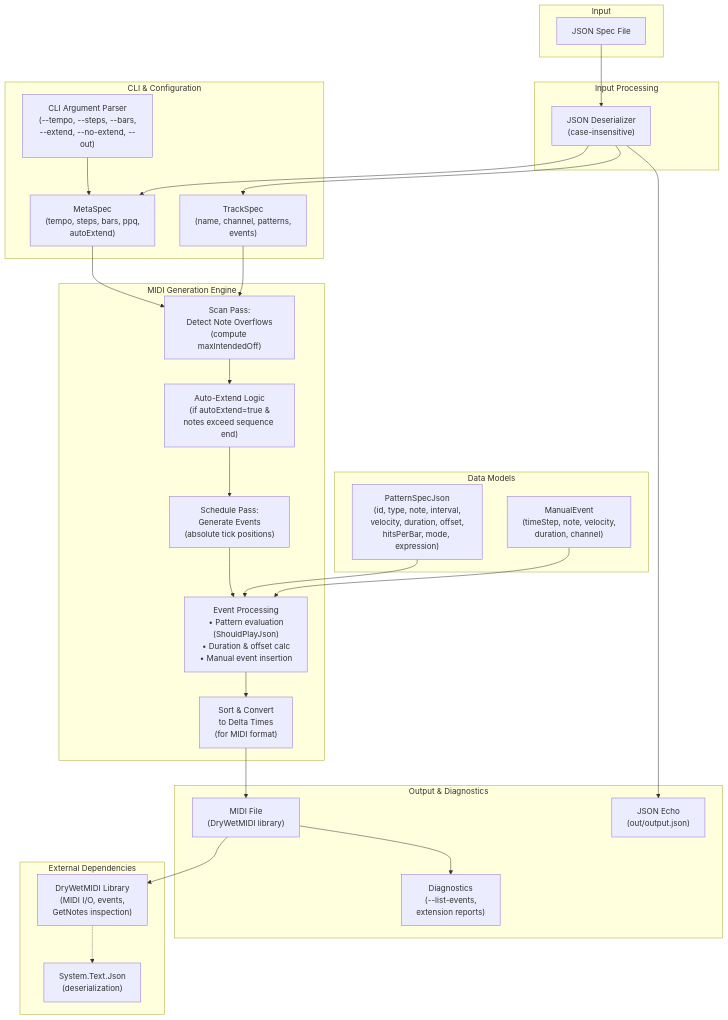
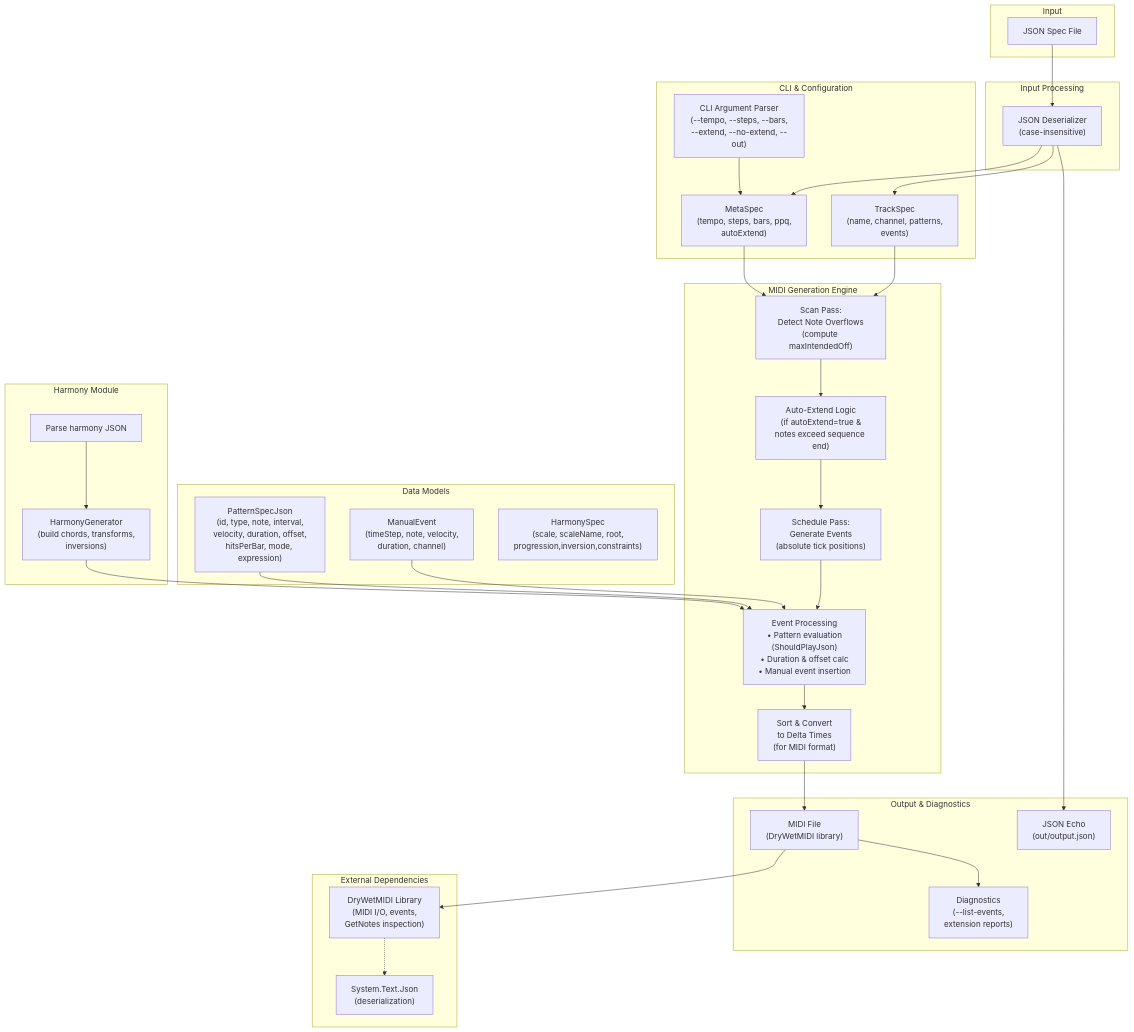
The diagram in ARCHITECTURE.md (JWWade/parametric-midi-sequencer), drawn with Mermaid before and after one commit. The commit also changed other lines of this file and 6 other files, not shown here.

````diff
--- a/ARCHITECTURE.md
+++ b/ARCHITECTURE.md
@@ -7,61 +9,69 @@
 ```mermaid
 graph TB
     subgraph Input["Input"]
         JSONFile["JSON Spec File"]
     end
 
     subgraph Parsing["Input Processing"]
         JsonDeserializer["JSON Deserializer<br/>(case-insensitive)"]
     end
 
     subgraph CLI["CLI & Configuration"]
         CliParser["CLI Argument Parser<br/>(--tempo, --steps, --bars,<br/>--extend, --no-extend, --out)"]
         MetaSpec["MetaSpec<br/>(tempo, steps, bars, ppq,<br/>autoExtend)"]
         TrackSpec["TrackSpec<br/>(name, channel, patterns,<br/>events)"]
     end
 
     subgraph Models["Data Models"]
         PatternSpecJson["PatternSpecJson<br/>(id, type, note, interval,<br/>velocity, duration, offset,<br/>hitsPerBar, mode, expression)"]
         ManualEvent["ManualEvent<br/>(timeStep, note, velocity,<br/>duration, channel)"]
+        HarmonySpec["HarmonySpec<br/>(scale, scaleName, root,<br/>progression,inversion,constraints)"]
     end
 
     subgraph Generator["MIDI Generation Engine"]
         ScanPass["Scan Pass:<br/>Detect Note Overflows<br/>(compute maxIntendedOff)"]
         AutoExtend["Auto-Extend Logic<br/>(if autoExtend=true &<br/>notes exceed sequence end)"]
         SchedulePass["Schedule Pass:<br/>Generate Events<br/>(absolute tick positions)"]
         EventProcessing["Event Processing<br/>• Pattern evaluation<br/>(ShouldPlayJson)<br/>• Duration & offset calc<br/>• Manual event insertion"]
         SortAndConvert["Sort & Convert<br/>to Delta Times<br/>(for MIDI format)"]
     end
 
     subgraph Output["Output & Diagnostics"]
         MidiFile["MIDI File<br/>(DryWetMIDI library)"]
         JsonOutput["JSON Echo<br/>(out/output.json)"]
         Diagnostics["Diagnostics<br/>(--list-events,<br/>extension reports)"]
     end
 
     subgraph Dependencies["External Dependencies"]
         DryWetMidi["DryWetMIDI Library<br/>(MIDI I/O, events,<br/>GetNotes inspection)"]
         SystemJson["System.Text.Json<br/>(deserialization)"]
     end
 
     JSONFile --> JsonDeserializer
     JsonDeserializer --> MetaSpec
     JsonDeserializer --> TrackSpec
     CliParser --> MetaSpec
     
     MetaSpec --> ScanPass
     TrackSpec --> ScanPass
     PatternSpecJson --> EventProcessing
     ManualEvent --> EventProcessing
     
     ScanPass --> AutoExtend
     AutoExtend --> SchedulePass
     SchedulePass --> EventProcessing
     EventProcessing --> SortAndConvert
     SortAndConvert --> MidiFile
+
+    subgraph Harmony["Harmony Module"]
+        HarmonyJson["Parse harmony JSON"]
+        HarmonyGenerator["HarmonyGenerator<br/>(build chords, transforms,<br/>inversions)"]
+    end
+    HarmonyJson --> HarmonyGenerator
+    HarmonyGenerator --> EventProcessing
     
     MidiFile --> DryWetMidi
     JsonDeserializer --> JsonOutput
     MidiFile --> Diagnostics
     DryWetMidi -.-> SystemJson
 ```
````
